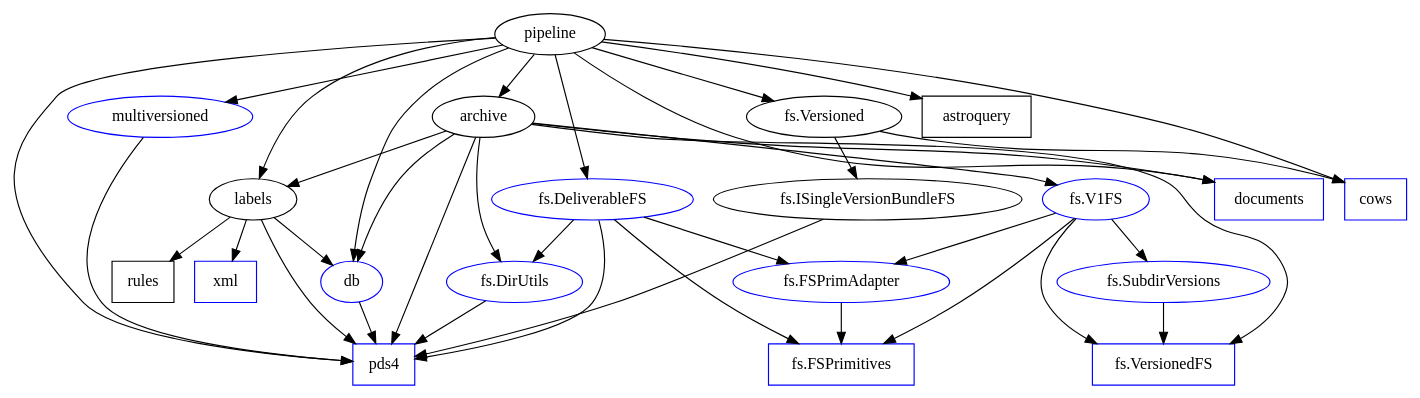
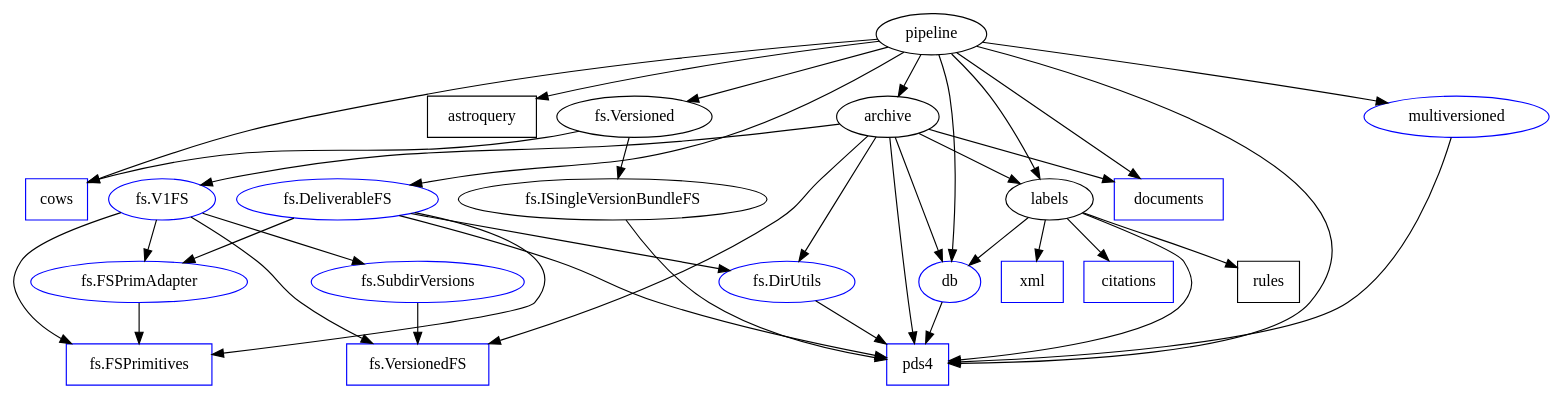
Before and after one commit to SETI/rms-hst-pipeline: the diagram in modules.dot, drawn with Graphviz. The commit also changed 4 other files, not shown here.

```diff
--- a/modules.dot
+++ b/modules.dot
@@ -1,68 +1,70 @@
 /* Here's the tentative shape, based on the Python2.7 version of
  * PDART. It may not be right.
  *
  * I broke up the modules within fs to see what's used by whom.
  * Unfortunately, that package is a bit of a mess.
  *
  * Note that there is a SubdirVersions in both fs and multiversioned.
  *
  * Mark nodes blue when done.
  * 
  * Use this as a guide of what to convert next.
  */
 
 digraph {
     "fs.DeliverableFS"[color=blue];
     "fs.DirUtils"[color=blue];
     "fs.FSPrimAdapter"[color=blue];
     "fs.FSPrimitives"[shape=box;color=blue];
     "fs.SubdirVersions"[color=blue];
     "fs.V1FS"[color=blue];
     "fs.VersionedFS"[shape=box;color=blue];
     astroquery[shape=box];
+    citations[shape=box;color=blue];
     cows[shape=box;color=blue];
     db[color=blue];
     documents[shape=box;color=blue];
     multiversioned[color=blue];
     pds4[shape=box;color=blue];
     rules[shape=box];
     xml[shape=box;color=blue];
 
     "fs.DeliverableFS" -> "fs.DirUtils";
     "fs.DeliverableFS" -> "fs.FSPrimAdapter";
     "fs.DeliverableFS" -> "fs.FSPrimitives";
     "fs.DeliverableFS" -> pds4;
     "fs.DirUtils" -> pds4;
     "fs.FSPrimAdapter" -> "fs.FSPrimitives";
     "fs.ISingleVersionBundleFS" -> pds4;
     "fs.SubdirVersions" -> "fs.VersionedFS";
     "fs.V1FS" -> "fs.FSPrimAdapter";
     "fs.V1FS" -> "fs.FSPrimitives";
     "fs.V1FS" -> "fs.SubdirVersions";
     "fs.V1FS" -> "fs.VersionedFS";
     "fs.Versioned" -> "fs.ISingleVersionBundleFS";
     "fs.Versioned" -> cows;
     archive -> "fs.DirUtils";
     archive -> "fs.V1FS";
     archive -> "fs.VersionedFS";
     archive -> db;
     archive -> documents;
     archive -> labels;
     archive -> pds4;
     db -> pds4;
+    labels -> citations;
     labels -> db;
     labels -> pds4;
     labels -> rules;
     labels -> xml;
     multiversioned -> pds4;
     pipeline -> "fs.DeliverableFS";
     pipeline -> "fs.Versioned";
     pipeline -> archive;
     pipeline -> astroquery
     pipeline -> cows;
     pipeline -> db;
     pipeline -> documents;
     pipeline -> labels;
     pipeline -> multiversioned;
     pipeline -> pds4;
 }
```
